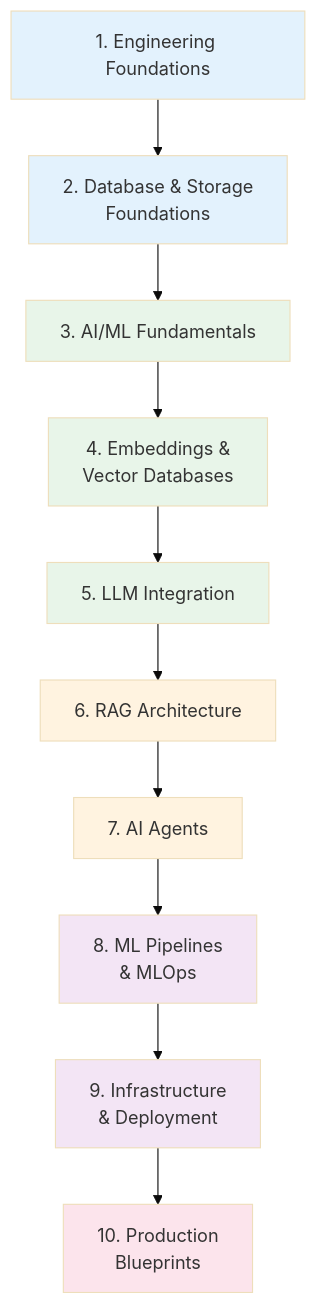
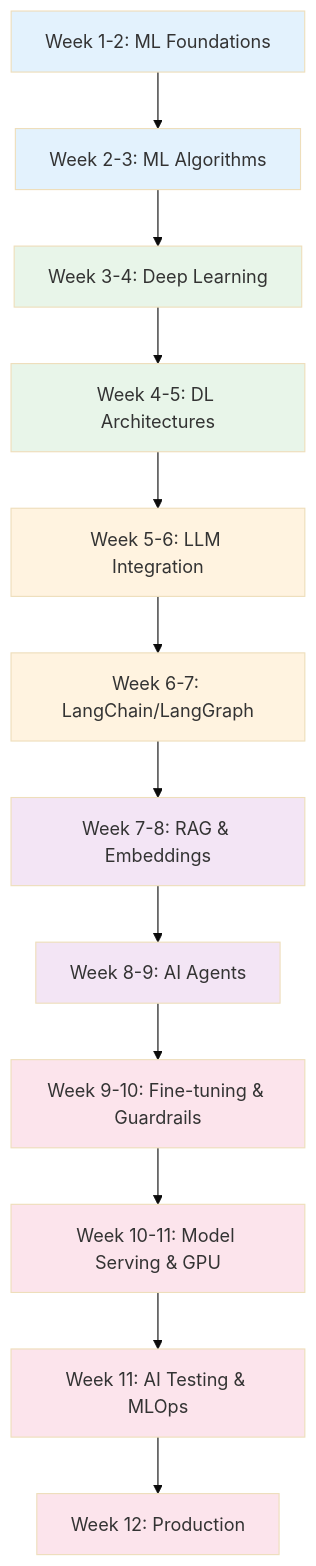
Before and after one commit to ayush-jadaun/knowledge-vault: the diagram in docs/learning-paths/ai-ml-engineer.md, drawn with Mermaid (base theme). The commit also changed other lines of this file and 143 other files, not shown here.

First line of the commit message:
feat: interactive enhancements + 14 learning paths + mobile testing — Archon reaches 1,150+

````diff
--- a/docs/learning-paths/ai-ml-engineer.md
+++ b/docs/learning-paths/ai-ml-engineer.md
@@ -22,23 +32,27 @@
 ```mermaid
 graph TD
-    S1["1. Engineering Foundations"] --> S2["2. Database & Storage\nFoundations"]
-    S2 --> S3["3. AI/ML Fundamentals"]
-    S3 --> S4["4. Embeddings &\nVector Databases"]
-    S4 --> S5["5. LLM Integration"]
-    S5 --> S6["6. RAG Architecture"]
-    S6 --> S7["7. AI Agents"]
-    S7 --> S8["8. ML Pipelines\n& MLOps"]
-    S8 --> S9["9. Infrastructure\n& Deployment"]
-    S9 --> S10["10. Production\nBlueprints"]
+    S1["Week 1-2: ML Foundations"] --> S2["Week 2-3: ML Algorithms"]
+    S2 --> S3["Week 3-4: Deep Learning"]
+    S3 --> S4["Week 4-5: DL Architectures"]
+    S4 --> S5["Week 5-6: LLM Integration"]
+    S5 --> S6["Week 6-7: LangChain/LangGraph"]
+    S6 --> S7["Week 7-8: RAG & Embeddings"]
+    S7 --> S8["Week 8-9: AI Agents"]
+    S8 --> S9["Week 9-10: Fine-tuning & Guardrails"]
+    S9 --> S10["Week 10-11: Model Serving & GPU"]
+    S10 --> S11["Week 11: AI Testing & MLOps"]
+    S11 --> S12["Week 12: Production"]
 
     style S1 fill:#e3f2fd
     style S2 fill:#e3f2fd
     style S3 fill:#e8f5e9
     style S4 fill:#e8f5e9
-    style S5 fill:#e8f5e9
+    style S5 fill:#fff3e0
     style S6 fill:#fff3e0
-    style S7 fill:#fff3e0
+    style S7 fill:#f3e5f5
     style S8 fill:#f3e5f5
-    style S9 fill:#f3e5f5
+    style S9 fill:#fce4ec
     style S10 fill:#fce4ec
+    style S11 fill:#fce4ec
+    style S12 fill:#fce4ec
 ```
````
